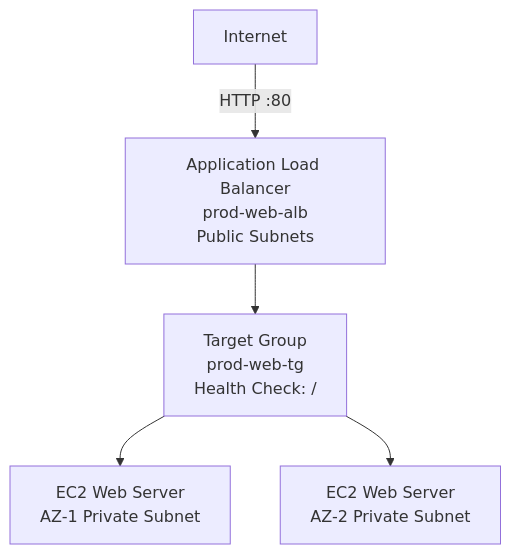
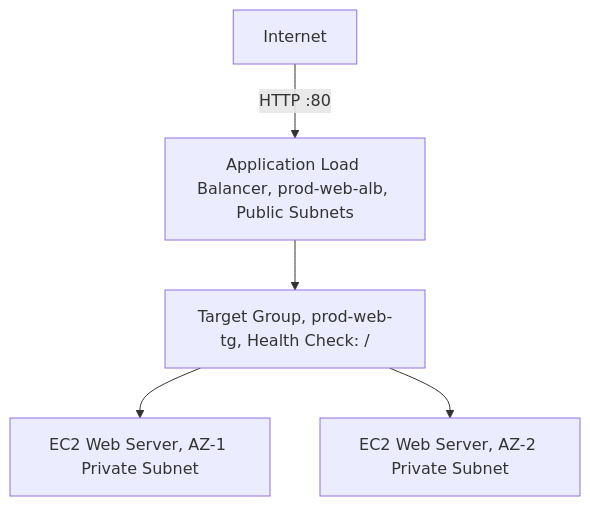
Before and after one commit to DeeptiShuklaProject/Uday_AWS: the fourth of 5 diagrams in Chapter_18_Elastic_Load_Balancing.md, drawn with Mermaid. The commit also changed other lines of this file and 34 other files, not shown here.

Commit message:
Fix mermaid diagrams syntax across all chapters (quote labels and remove HTML)

````diff
--- a/Chapter_18_Elastic_Load_Balancing.md
+++ b/Chapter_18_Elastic_Load_Balancing.md
@@ -694,7 +694,7 @@
 ```mermaid
 flowchart TD
-    Internet[Internet] -->|HTTP :80| ALB[Application Load Balancer<br>prod-web-alb<br>Public Subnets]
-    ALB --> TG[Target Group<br>prod-web-tg<br>Health Check: /]
-    TG --> EC2A[EC2 Web Server<br>AZ-1 Private Subnet]
-    TG --> EC2B[EC2 Web Server<br>AZ-2 Private Subnet]
+    Internet[Internet] -->|HTTP :80| ALB["Application Load Balancer, prod-web-alb, Public Subnets"]
+    ALB --> TG["Target Group, prod-web-tg, Health Check: /"]
+    TG --> EC2A["EC2 Web Server, AZ-1 Private Subnet"]
+    TG --> EC2B["EC2 Web Server, AZ-2 Private Subnet"]
 ```
````
